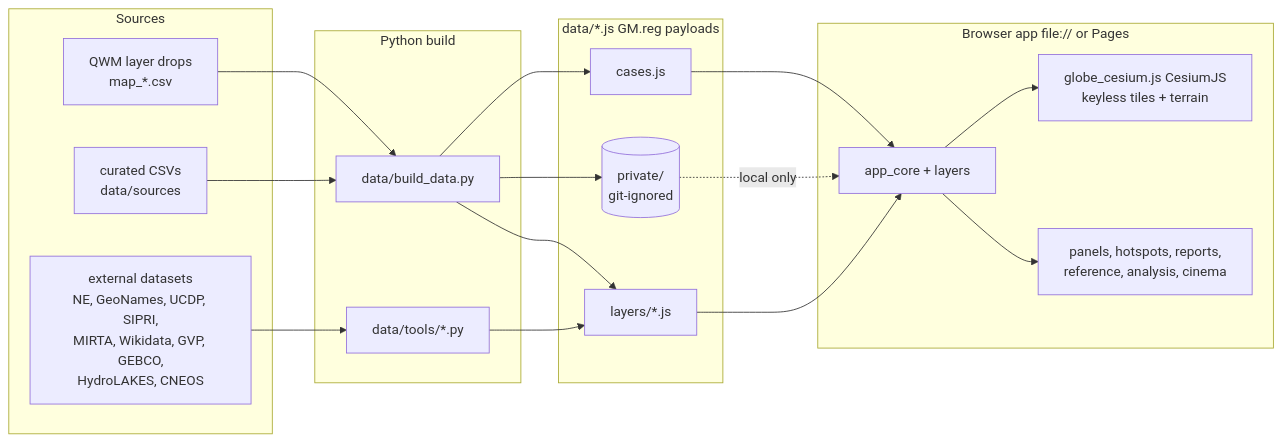
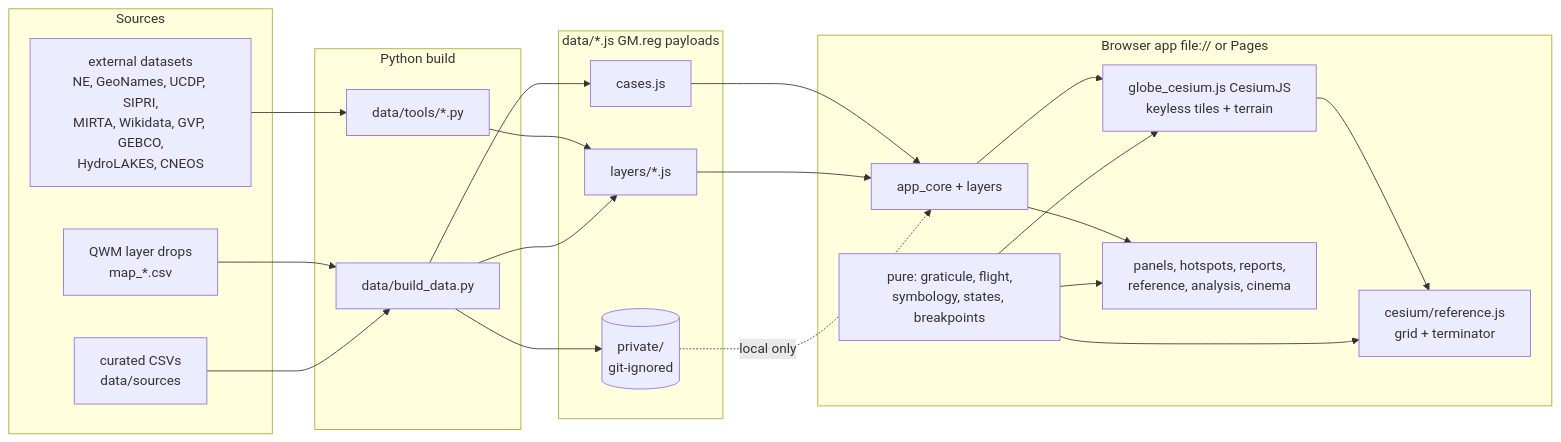
One commit to 0thernes/global-map-app changed the diagram in README.md. Above: the diagram before and after it, drawn with Mermaid. The commit also changed other lines of this file and 6 other files, not shown here.

Commit message:
docs: v1.5 release notes, README (badges, globe reference section, keys, architecture), user guide, architecture, repo checklist (globe visual system section); audit tooling: pair_shots --release 1.5, scripts/audit/ui_audit_v15.py

````diff
--- a/README.md
+++ b/README.md
@@ -133,34 +145,40 @@
 ```mermaid
 flowchart LR
   subgraph Sources
     QWM[QWM layer drops<br/>map_*.csv]
     CUR[curated CSVs<br/>data/sources]
     EXT[external datasets<br/>NE, GeoNames, UCDP, SIPRI,<br/>MIRTA, Wikidata, GVP, GEBCO,<br/>HydroLAKES, CNEOS]
   end
   subgraph Build[Python build]
     BD[data/build_data.py]
     BT[data/tools/*.py]
   end
   subgraph Data[data/*.js  GM.reg payloads]
     CASES[cases.js]
     LAY[layers/*.js]
     PRIV[(private/<br/>git-ignored)]
   end
   subgraph App[Browser app  file:// or Pages]
     CORE[app_core + layers]
     GLOBE[globe_cesium.js CesiumJS<br/>keyless tiles + terrain]
+    REF[cesium/reference.js<br/>grid + terminator]
+    PURE[pure: graticule, flight,<br/>symbology, states, breakpoints]
     UI[panels, hotspots, reports,<br/>reference, analysis, cinema]
   end
   QWM --> BD
   CUR --> BD
   EXT --> BT
   BT --> LAY
   BD --> CASES
   BD --> PRIV
   BD --> LAY
   CASES --> CORE
   LAY --> CORE
   PRIV -. local only .-> CORE
   CORE --> GLOBE
   CORE --> UI
+  GLOBE --> REF
+  PURE --> REF
+  PURE --> GLOBE
+  PURE --> UI
 ```
````
